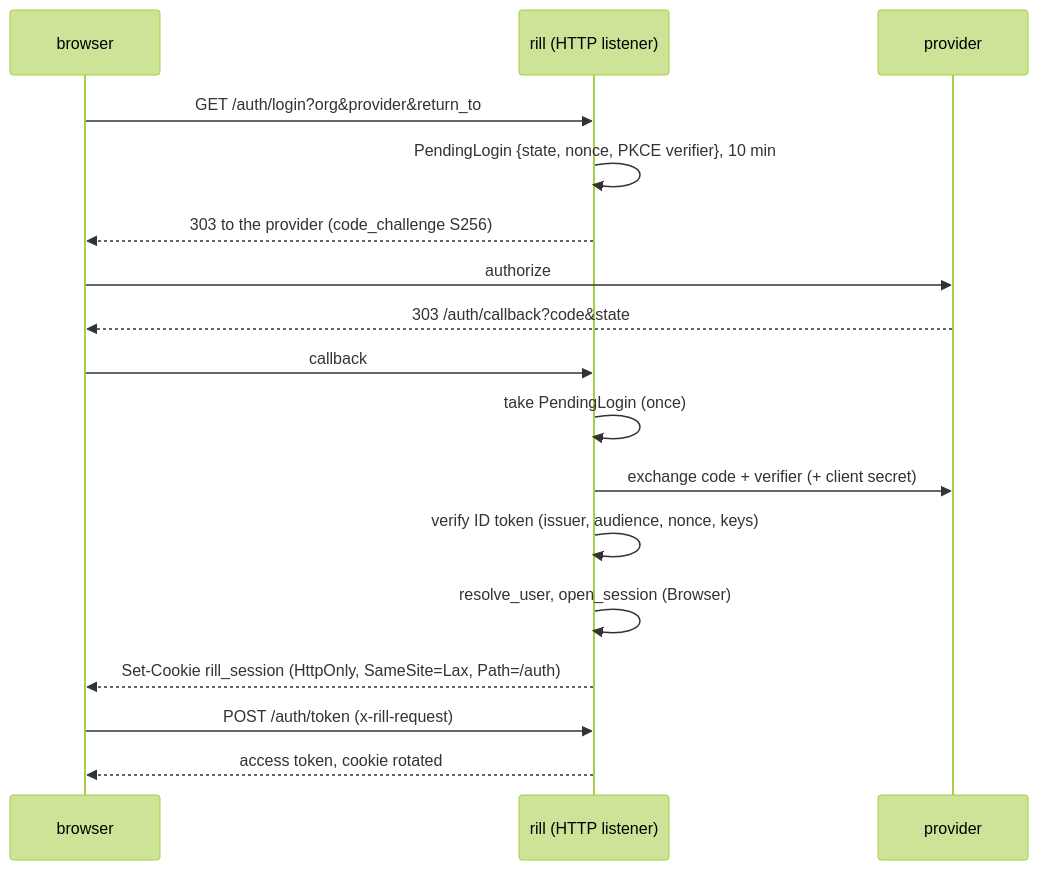
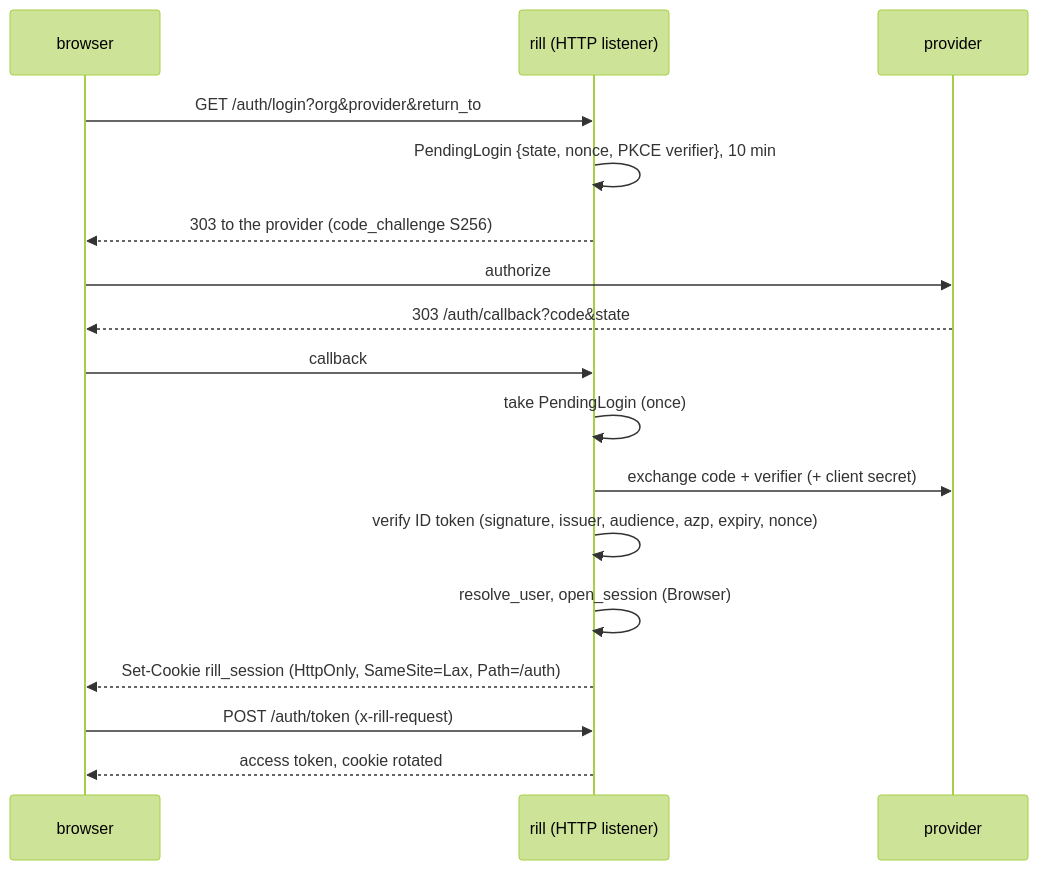
The second of 2 diagrams in architecture/05-policy/identity-and-auth.md (envoy1084/rill), drawn with Mermaid (forest theme) before and after one commit. The commit also changed other lines of this file and 9 other files, not shown here.

````diff
--- a/architecture/05-policy/identity-and-auth.md
+++ b/architecture/05-policy/identity-and-auth.md
@@ -112,19 +112,19 @@
 ```mermaid
 sequenceDiagram
   participant B as browser
   participant R as rill (HTTP listener)
   participant P as provider
   B->>R: GET /auth/login?org&provider&return_to
   R->>R: PendingLogin {state, nonce, PKCE verifier}, 10 min
   R-->>B: 303 to the provider (code_challenge S256)
   B->>P: authorize
   P-->>B: 303 /auth/callback?code&state
   B->>R: callback
   R->>R: take PendingLogin (once)
   R->>P: exchange code + verifier (+ client secret)
-  R->>R: verify ID token (issuer, audience, nonce, keys)
+  R->>R: verify ID token (signature, issuer, audience, azp, expiry, nonce)
   R->>R: resolve_user, open_session (Browser)
   R-->>B: Set-Cookie rill_session (HttpOnly, SameSite=Lax, Path=/auth)
   B->>R: POST /auth/token (x-rill-request)
   R-->>B: access token, cookie rotated
 ```
````
